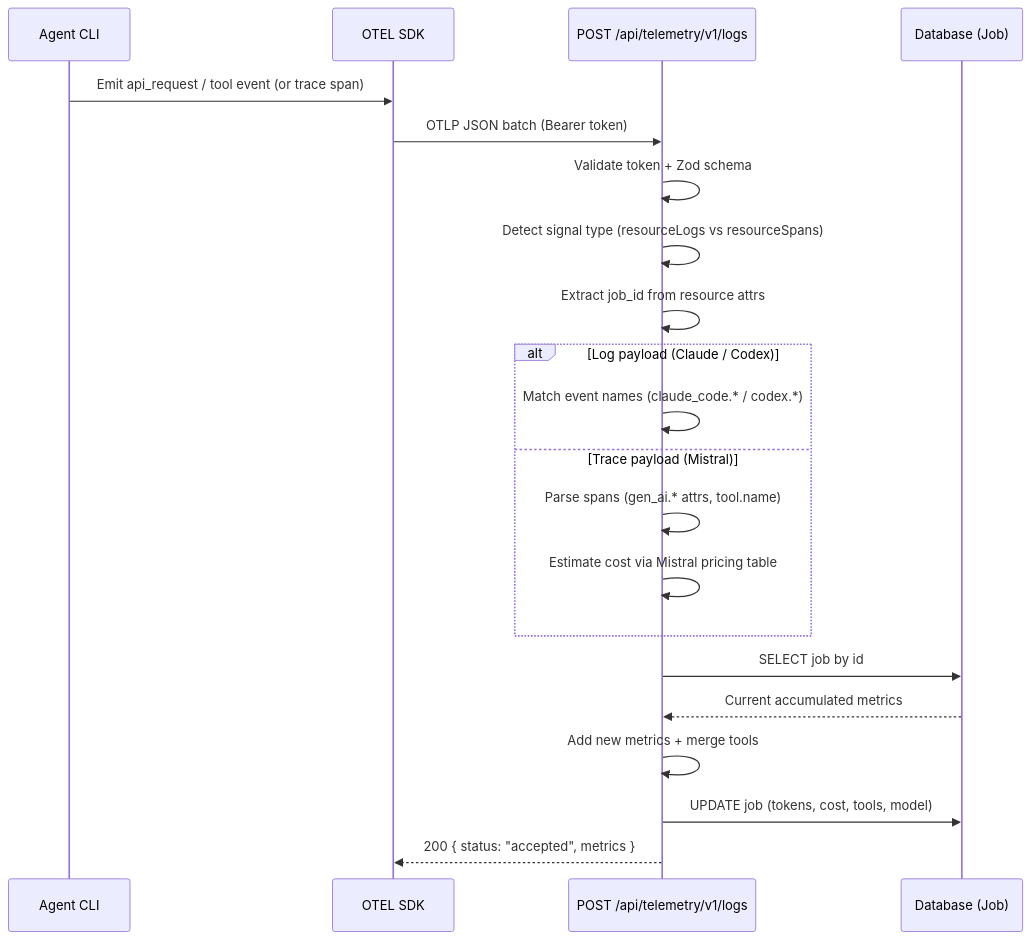
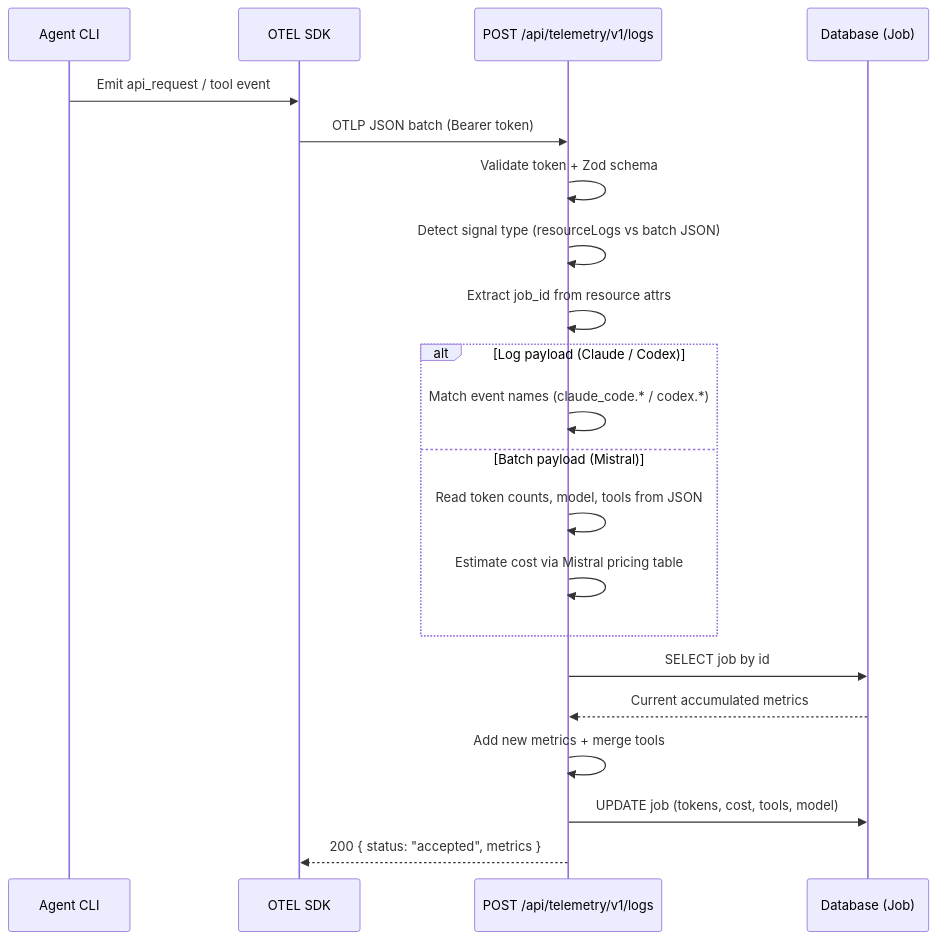
Before and after one commit to bfernandez31/ai-board: the second of 3 diagrams in specs/specifications/technical/api/endpoints.md, drawn with Mermaid. The commit also changed other lines of this file and 1 other file, not shown here.

Commit message:
docs: update specs for Mistral batch telemetry

````diff
--- a/specs/specifications/technical/api/endpoints.md
+++ b/specs/specifications/technical/api/endpoints.md
@@ -3257,24 +3241,24 @@
 ```mermaid
 sequenceDiagram
     participant AG as Agent CLI
     participant OT as OTEL SDK
     participant EP as POST /api/telemetry/v1/logs
     participant DB as Database (Job)
 
-    AG->>OT: Emit api_request / tool event (or trace span)
+    AG->>OT: Emit api_request / tool event
     OT->>EP: OTLP JSON batch (Bearer token)
     EP->>EP: Validate token + Zod schema
-    EP->>EP: Detect signal type (resourceLogs vs resourceSpans)
+    EP->>EP: Detect signal type (resourceLogs vs batch JSON)
     EP->>EP: Extract job_id from resource attrs
     alt Log payload (Claude / Codex)
         EP->>EP: Match event names (claude_code.* / codex.*)
-    else Trace payload (Mistral)
-        EP->>EP: Parse spans (gen_ai.* attrs, tool.name)
+    else Batch payload (Mistral)
+        EP->>EP: Read token counts, model, tools from JSON
         EP->>EP: Estimate cost via Mistral pricing table
     end
     EP->>DB: SELECT job by id
     DB-->>EP: Current accumulated metrics
     EP->>EP: Add new metrics + merge tools
     EP->>DB: UPDATE job (tokens, cost, tools, model)
     EP-->>OT: 200 { status: "accepted", metrics }
 ```
````
